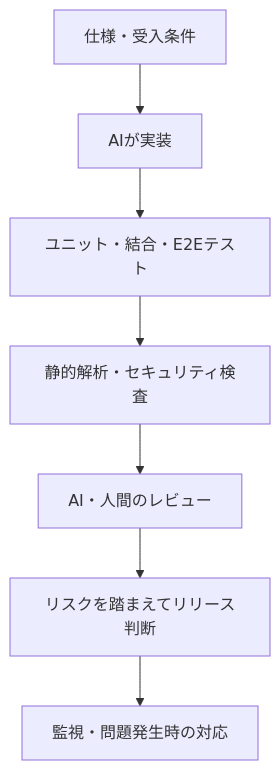
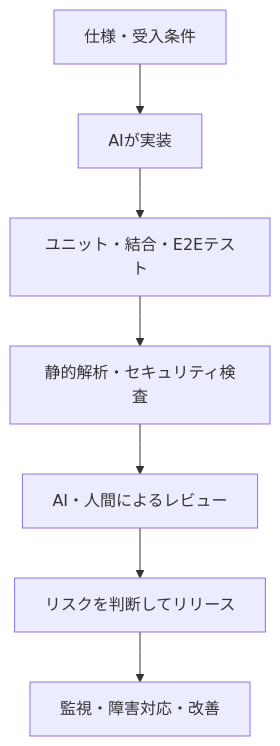
Before and after one commit to Umemura0212/zenn-content: the diagram in articles/trusting-ai-generated-code.md, drawn with Mermaid. The commit also changed other lines of this file, not shown here.

````diff
--- a/articles/trusting-ai-generated-code.md
+++ b/articles/trusting-ai-generated-code.md
@@ -25,9 +21,9 @@
 ```mermaid
 flowchart TD
     A[仕様・受入条件] --> B[AIが実装]
     B --> C[ユニット・結合・E2Eテスト]
     C --> D[静的解析・セキュリティ検査]
-    D --> E[AI・人間のレビュー]
-    E --> F[リスクを踏まえてリリース判断]
-    F --> G[監視・問題発生時の対応]
+    D --> E[AI・人間によるレビュー]
+    E --> F[リスクを判断してリリース]
+    F --> G[監視・障害対応・改善]
 ```
````
